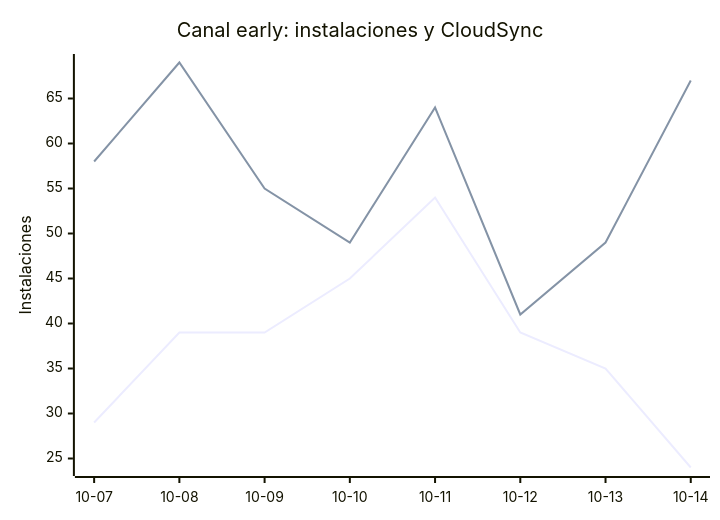
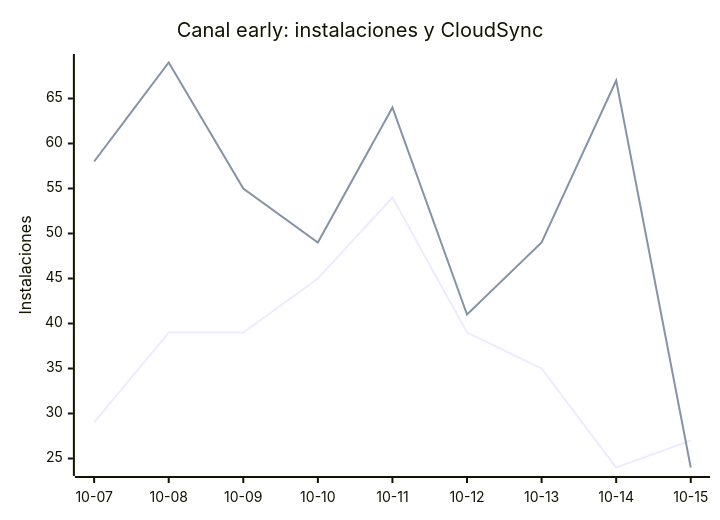
Before and after one commit to EmuDeck/stats: the eighth of 8 diagrams in README.md, drawn with Mermaid. The commit also changed other lines of this file and 2 other files, not shown here.

````diff
--- a/README.md
+++ b/README.md
@@ -102,8 +102,8 @@
 ```mermaid
 xychart-beta
     title "Canal early: instalaciones y CloudSync"
-    x-axis ["10-07", "10-08", "10-09", "10-10", "10-11", "10-12", "10-13", "10-14"]
+    x-axis ["10-07", "10-08", "10-09", "10-10", "10-11", "10-12", "10-13", "10-14", "10-15"]
     y-axis "Instalaciones"
-    line [29, 39, 39, 45, 54, 39, 35, 24]
-    line [58, 69, 55, 49, 64, 41, 49, 67]
+    line [29, 39, 39, 45, 54, 39, 35, 24, 27]
+    line [58, 69, 55, 49, 64, 41, 49, 67, 24]
 ```
````
